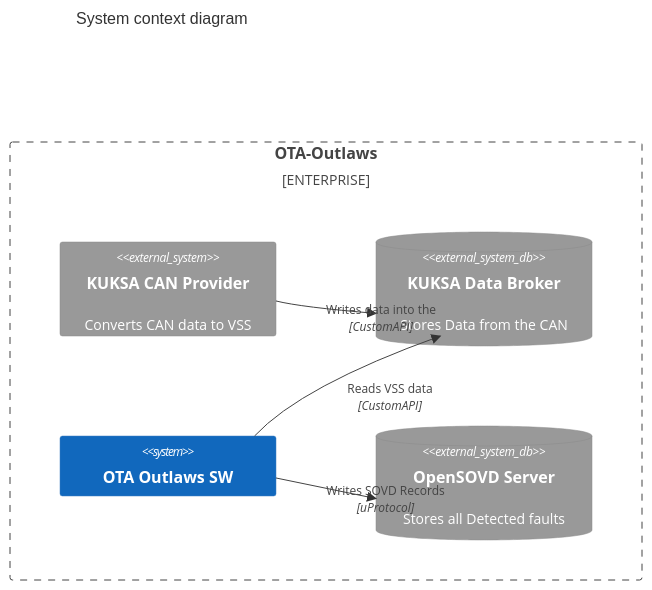
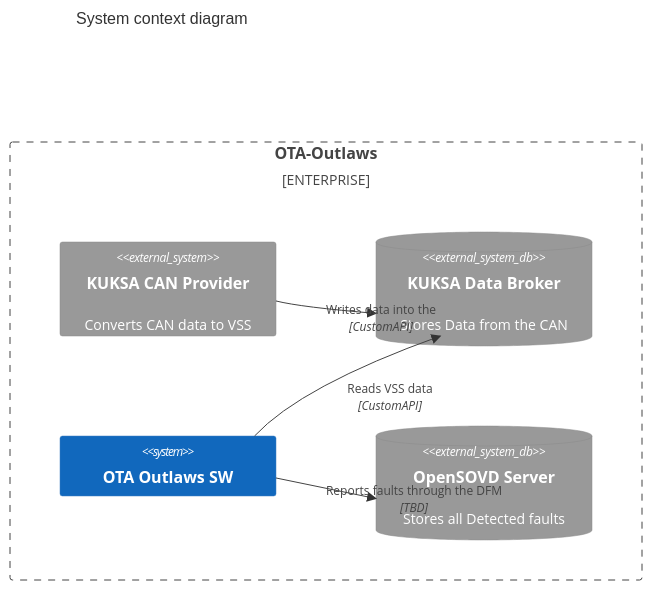
One commit to Eclipse-SDV-Hackathon-Chapter-Four/ota-outlaws changed the first of 3 diagrams in docs/reference/architecture.md. Above: the diagram before and after it, drawn with Mermaid. The commit also changed other lines of this file and 5 other files, not shown here.

````diff
--- a/docs/reference/architecture.md
+++ b/docs/reference/architecture.md
@@ -16,18 +16,18 @@
 ```mermaid
  C4Context
       title System context diagram
       Enterprise_Boundary(b0, "OTA-Outlaws") {
         System_Ext(KUKSACanProvider, "KUKSA CAN Provider", "Converts CAN data to VSS")
 
         SystemDb_Ext(KUKSADataBroker, "KUKSA Data Broker", "Stores Data from the CAN")
 
         System(OTAOutlawsSW, "OTA Outlaws SW")
 
         SystemDb_Ext(OpenSOVDServer, "OpenSOVD Server", "Stores all Detected faults")
       }
 
-      Rel(OTAOutlawsSW, OpenSOVDServer, "Writes SOVD Records", "uProtocol")
+      Rel(OTAOutlawsSW, OpenSOVDServer, "Reports faults through the DFM", "TBD")
 
       Rel(OTAOutlawsSW, KUKSADataBroker, "Reads VSS data", "CustomAPI")
       Rel(KUKSACanProvider, KUKSADataBroker, "Writes data into the ", "CustomAPI")
 ```
````
